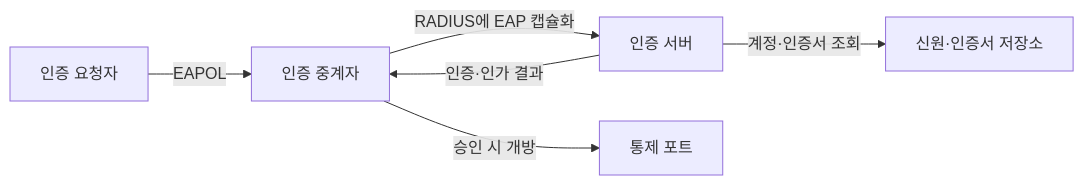
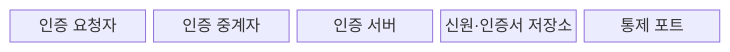
Before and after one commit to agnusdei1207/knowledge-base: the first of 2 diagrams in src/content/docs/notes/04-network/115_802_1x_eap_authentication.md, drawn with Mermaid. The commit also changed other lines of this file and 9 other files, not shown here.

````diff
--- a/src/content/docs/notes/04-network/115_802_1x_eap_authentication.md
+++ b/src/content/docs/notes/04-network/115_802_1x_eap_authentication.md
@@ -53,8 +55,9 @@
 ```mermaid
-flowchart LR
-  S["인증 요청자"] -->|"EAPOL"| A["인증 중계자"]
-  A -->|"RADIUS에 EAP 캡슐화"| V["인증 서버"]
-  V -->|"계정·인증서 조회"| I["신원·인증서 저장소"]
-  V -->|"인증·인가 결과"| A
-  A -->|"승인 시 개방"| P["통제 포트"]
+block-beta
+  columns 5
+  A["인증 요청자"]
+  B["인증 중계자"]
+  C["인증 서버"]
+  D["신원·인증서 저장소"]
+  E["통제 포트"]
 ```
````
